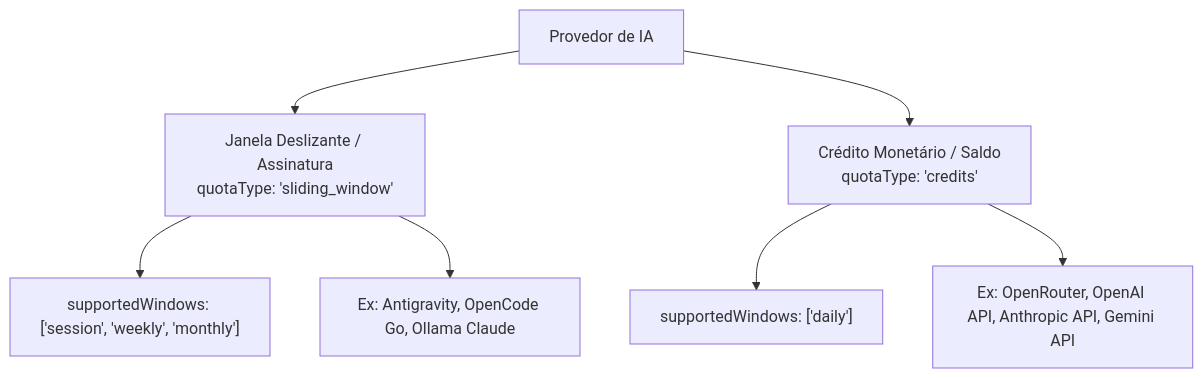
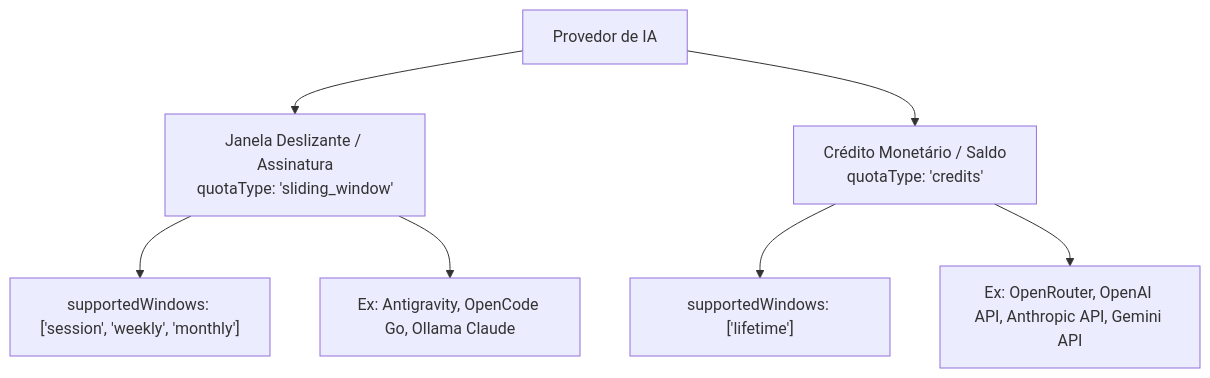
One commit to dandgabr/llm-quota changed the diagram in docs/CONNECTORS.md. Above: the diagram before and after it, drawn with Mermaid. The commit also changed other lines of this file and 10 other files, not shown here.

````diff
--- a/docs/CONNECTORS.md
+++ b/docs/CONNECTORS.md
@@ -11,11 +11,11 @@
 ```mermaid
 graph TD
     P[Provedor de IA] --> W[Janela Deslizante / Assinatura<br/>quotaType: 'sliding_window']
     P --> C[Crédito Monetário / Saldo<br/>quotaType: 'credits']
     
     W --> W_Windows["supportedWindows: ['session', 'weekly', 'monthly']"]
     W --> W_Ex["Ex: Antigravity, OpenCode Go, Ollama Claude"]
     
-    C --> C_Windows["supportedWindows: ['daily']"]
+    C --> C_Windows["supportedWindows: ['lifetime']"]
     C --> C_Ex["Ex: OpenRouter, OpenAI API, Anthropic API, Gemini API"]
 ```
````
